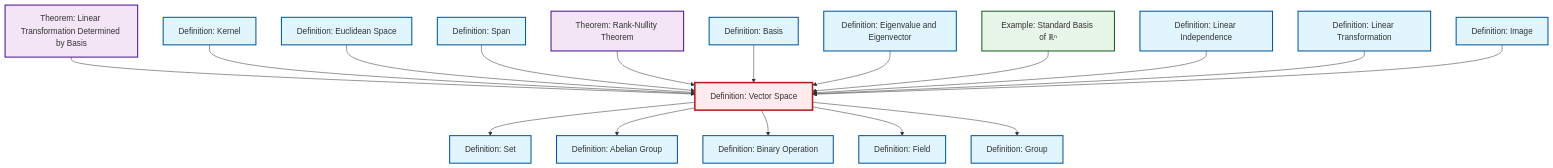
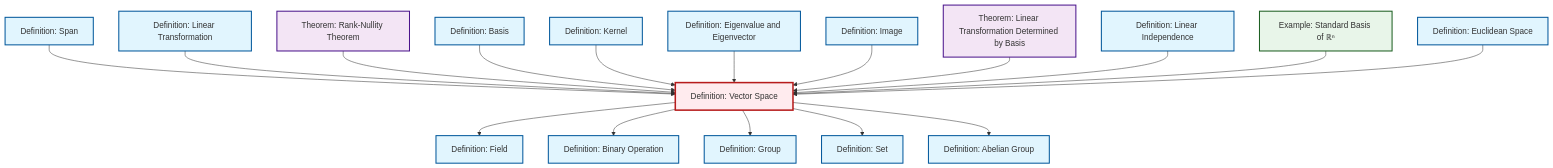
One commit to RK0429/ModernMath changed the diagram in content/ja/algebra/def-vector-space.qmd. Above: the diagram before and after it, drawn with Mermaid. The commit also changed other lines of this file and 554 other files, not shown here.

````diff
--- a/content/ja/algebra/def-vector-space.qmd
+++ b/content/ja/algebra/def-vector-space.qmd
@@ -56,59 +56,59 @@
 ```{mermaid}
 %%| fig-cap: "Local dependency graph"
 graph TD
     classDef definition fill:#e1f5fe,stroke:#01579b,stroke-width:2px
     classDef theorem fill:#f3e5f5,stroke:#4a148c,stroke-width:2px
     classDef axiom fill:#fff3e0,stroke:#e65100,stroke-width:2px
     classDef example fill:#e8f5e9,stroke:#1b5e20,stroke-width:2px
     classDef current fill:#ffebee,stroke:#b71c1c,stroke-width:3px
-    def-abelian-group["Definition: Abelian Group"]:::definition
-    def-set["Definition: Set"]:::definition
+    def-field["Definition: Field"]:::definition
+    def-vector-space["Definition: Vector Space"]:::definition
     thm-linear-transformation-basis["Theorem: Linear Transformation Determined by Basis"]:::theorem
     thm-rank-nullity["Theorem: Rank-Nullity Theorem"]:::theorem
-    def-field["Definition: Field"]:::definition
     def-image["Definition: Image"]:::definition
+    def-kernel["Definition: Kernel"]:::definition
+    def-abelian-group["Definition: Abelian Group"]:::definition
+    def-span["Definition: Span"]:::definition
+    def-basis["Definition: Basis"]:::definition
+    def-linear-transformation["Definition: Linear Transformation"]:::definition
+    def-group["Definition: Group"]:::definition
     ex-standard-basis-rn["Example: Standard Basis of ℝⁿ"]:::example
+    def-binary-operation["Definition: Binary Operation"]:::definition
+    def-set["Definition: Set"]:::definition
+    def-linear-independence["Definition: Linear Independence"]:::definition
     def-euclidean-space["Definition: Euclidean Space"]:::definition
-    def-group["Definition: Group"]:::definition
-    def-linear-transformation["Definition: Linear Transformation"]:::definition
     def-eigenvalue-eigenvector["Definition: Eigenvalue and Eigenvector"]:::definition
-    def-vector-space["Definition: Vector Space"]:::definition
-    def-span["Definition: Span"]:::definition
-    def-binary-operation["Definition: Binary Operation"]:::definition
-    def-linear-independence["Definition: Linear Independence"]:::definition
-    def-basis["Definition: Basis"]:::definition
-    def-kernel["Definition: Kernel"]:::definition
-    def-vector-space --> def-set
-    thm-linear-transformation-basis --> def-vector-space
-    def-kernel --> def-vector-space
-    def-euclidean-space --> def-vector-space
     def-span --> def-vector-space
+    def-vector-space --> def-field
+    def-linear-transformation --> def-vector-space
+    def-vector-space --> def-binary-operation
     thm-rank-nullity --> def-vector-space
     def-basis --> def-vector-space
+    def-kernel --> def-vector-space
+    def-eigenvalue-eigenvector --> def-vector-space
+    def-vector-space --> def-group
+    def-image --> def-vector-space
+    thm-linear-transformation-basis --> def-vector-space
+    def-linear-independence --> def-vector-space
+    def-vector-space --> def-set
     def-vector-space --> def-abelian-group
-    def-vector-space --> def-binary-operation
-    def-eigenvalue-eigenvector --> def-vector-space
     ex-standard-basis-rn --> def-vector-space
-    def-linear-independence --> def-vector-space
-    def-vector-space --> def-field
-    def-linear-transformation --> def-vector-space
-    def-image --> def-vector-space
-    def-vector-space --> def-group
+    def-euclidean-space --> def-vector-space
     class def-vector-space current
-    click def-abelian-group "def-abelian-group.html" "Definition: Abelian Groupへ"
-    click def-set "def-set.html" "Definition: Setへ"
+    click def-field "def-field.html" "Definition: Fieldへ"
     click thm-linear-transformation-basis "thm-linear-transformation-basis.html" "Theorem: Linear Transformation Determined by Basisへ"
     click thm-rank-nullity "thm-rank-nullity.html" "Theorem: Rank-Nullity Theoremへ"
-    click def-field "def-field.html" "Definition: Fieldへ"
     click def-image "def-image.html" "Definition: Imageへ"
+    click def-kernel "def-kernel.html" "Definition: Kernelへ"
+    click def-abelian-group "def-abelian-group.html" "Definition: Abelian Groupへ"
+    click def-span "def-span.html" "Definition: Spanへ"
+    click def-basis "def-basis.html" "Definition: Basisへ"
+    click def-linear-transformation "def-linear-transformation.html" "Definition: Linear Transformationへ"
+    click def-group "def-group.html" "Definition: Groupへ"
     click ex-standard-basis-rn "ex-standard-basis-rn.html" "Example: Standard Basis of ℝⁿへ"
+    click def-binary-operation "def-binary-operation.html" "Definition: Binary Operationへ"
+    click def-set "def-set.html" "Definition: Setへ"
+    click def-linear-independence "def-linear-independence.html" "Definition: Linear Independenceへ"
     click def-euclidean-space "def-euclidean-space.html" "Definition: Euclidean Spaceへ"
-    click def-group "def-group.html" "Definition: Groupへ"
-    click def-linear-transformation "def-linear-transformation.html" "Definition: Linear Transformationへ"
     click def-eigenvalue-eigenvector "def-eigenvalue-eigenvector.html" "Definition: Eigenvalue and Eigenvectorへ"
-    click def-span "def-span.html" "Definition: Spanへ"
-    click def-binary-operation "def-binary-operation.html" "Definition: Binary Operationへ"
-    click def-linear-independence "def-linear-independence.html" "Definition: Linear Independenceへ"
-    click def-basis "def-basis.html" "Definition: Basisへ"
-    click def-kernel "def-kernel.html" "Definition: Kernelへ"
 ```
````
